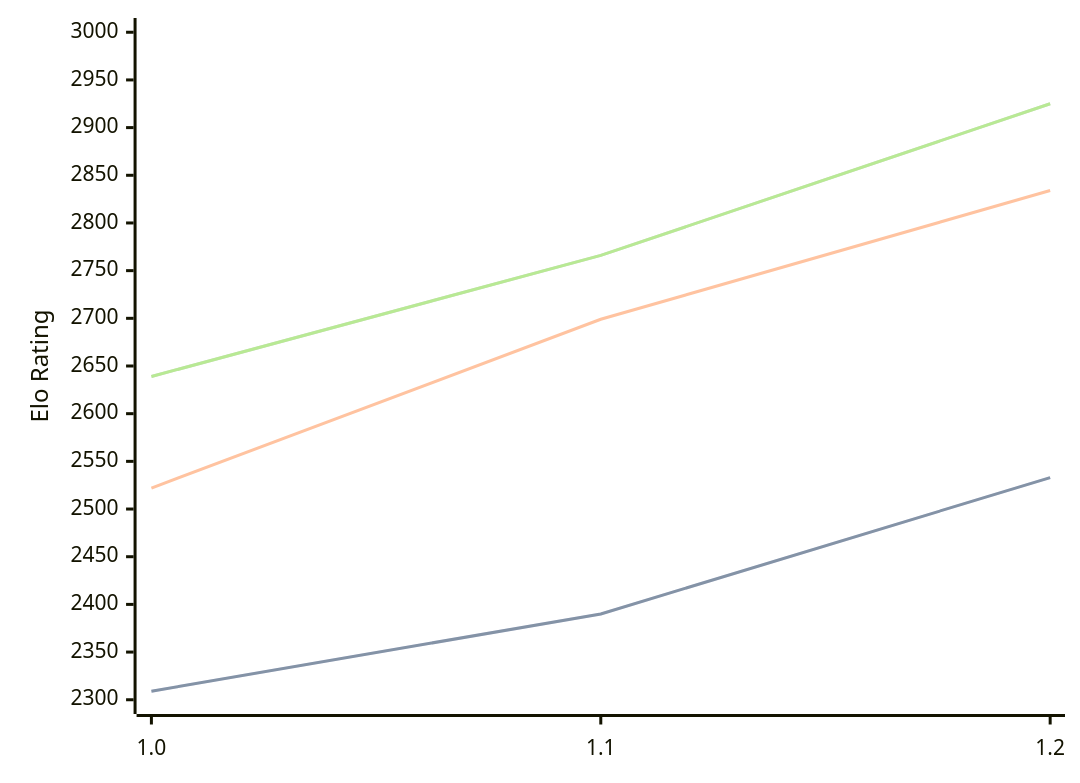
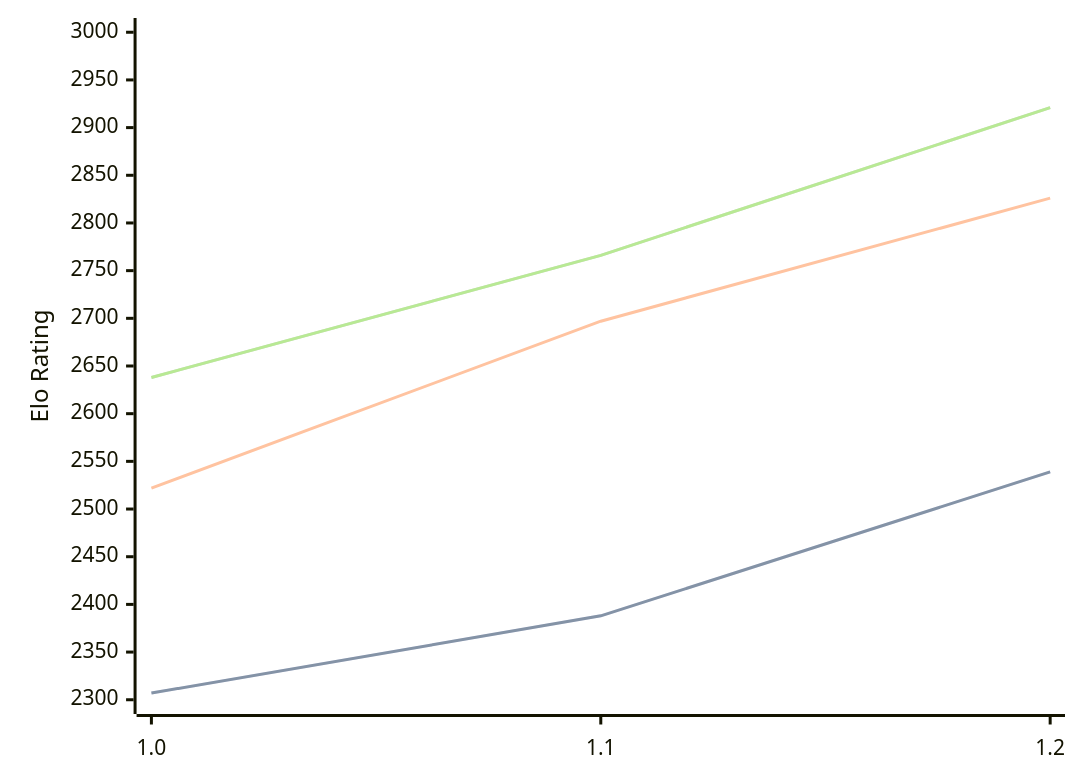
Before and after one commit to computer-chess-index/cci: the first of 3 diagrams in engines/FoxChess.md, drawn with Mermaid. The commit also changed other lines of this file, not shown here.

Commit message:
Update CCI Ratings (ELO VLTC) - 2026-06-27

````diff
--- a/engines/FoxChess.md
+++ b/engines/FoxChess.md
@@ -33,11 +33,11 @@
 ```mermaid
 %%{init: {"theme":"base","themeVariables":{"seriesColors:['#a3a3a3','#222221','#faa371']}}}%%
 xychart-beta
   x-axis ["1.0", "1.1", "1.2"]
   y-axis "Elo Rating" 2300 --> 3000
-  line "STC (8.0+0.08s)" [2309, 2390, 2533]
-  line "STC (8.0+0.08s)" [2309, 2390, 2533]
-  line "LTC (60.0+0.60s)" [2522, 2699, 2834]
-  line "VLTC (2m24s+1.12s)" [2639, 2766, 2925]
-  line "VLTC (2m24s+1.12s)" [2639, 2766, 2925]
+  line "STC (8.0+0.08s)" [2307, 2388, 2539]
+  line "STC (8.0+0.08s)" [2307, 2388, 2539]
+  line "LTC (60.0+0.60s)" [2522, 2697, 2826]
+  line "VLTC (2m24s+1.12s)" [2638, 2766, 2921]
+  line "VLTC (2m24s+1.12s)" [2638, 2766, 2921]
 ```
````
